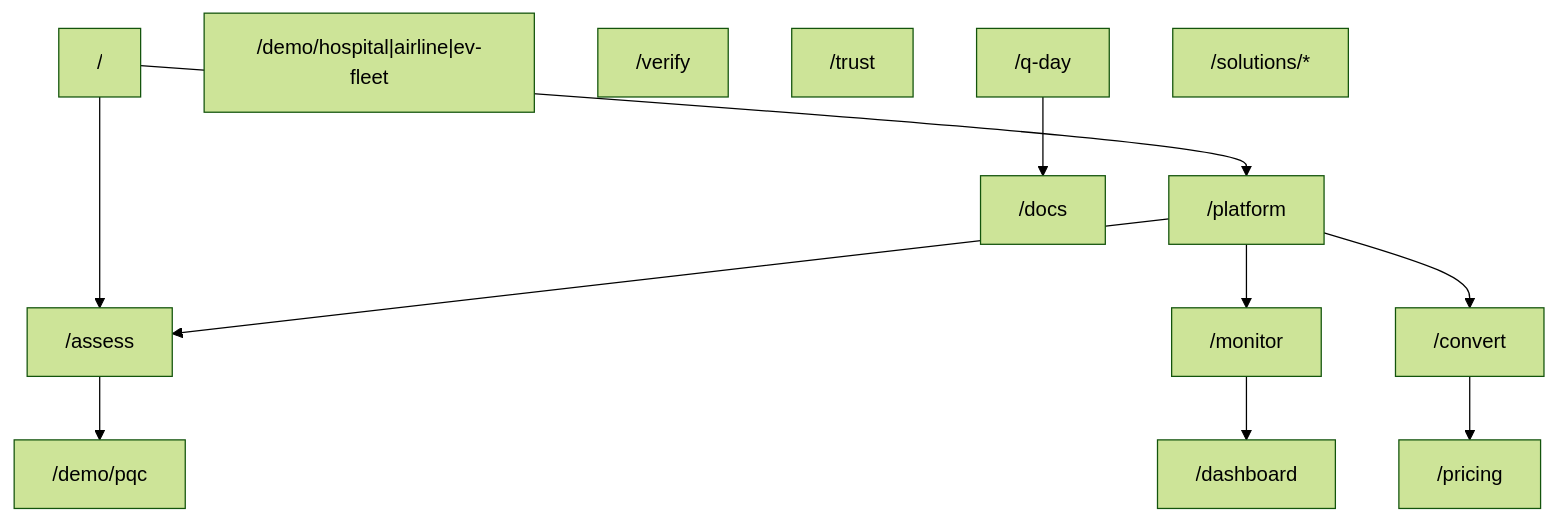
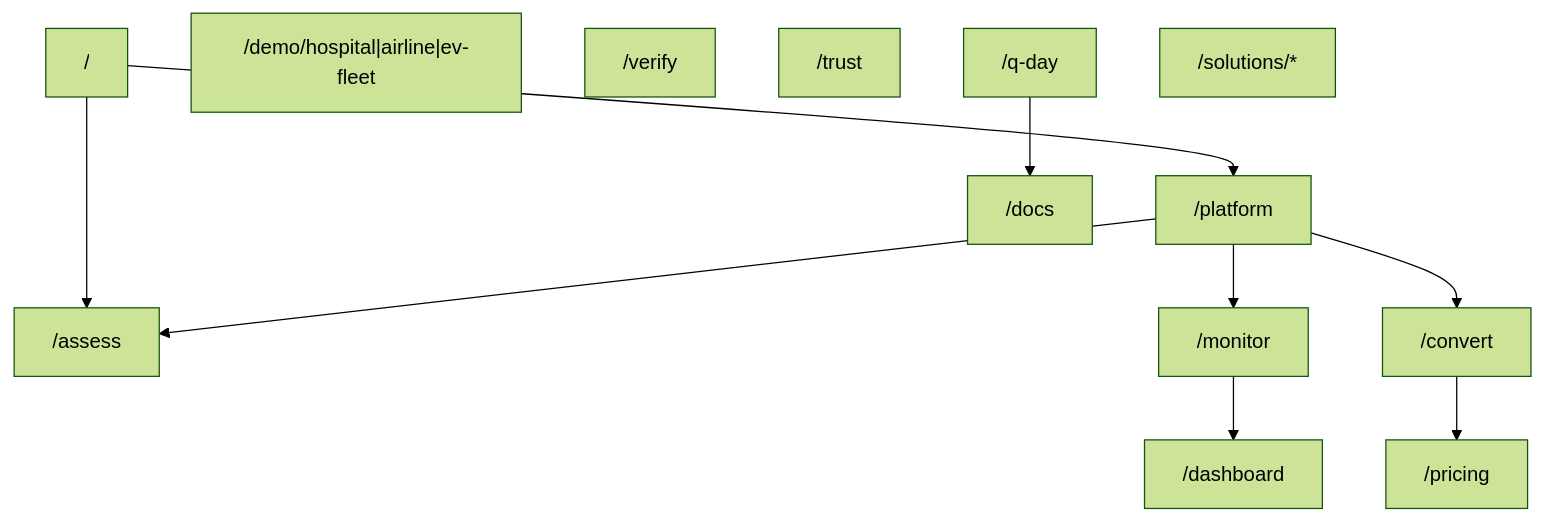
Before and after one commit to charley-forey/qtangl: the diagram in roadmap/quantum-readiness/04-website-transformation.md, drawn with Mermaid (forest theme). The commit also changed other lines of this file and 87 other files, not shown here.

````diff
--- a/roadmap/quantum-readiness/04-website-transformation.md
+++ b/roadmap/quantum-readiness/04-website-transformation.md
@@ -24,26 +24,24 @@
 ```mermaid
 flowchart TB
   Home["/"]
   Platform["/platform"]
   Assess["/assess"]
   Monitor["/monitor"]
   Convert["/convert"]
   Pricing["/pricing"]
-  DemoPqc["/demo/pqc"]
   DemoOpt["/demo/hospital|airline|ev-fleet"]
   Dashboard["/dashboard"]
   Verify["/verify"]
   Trust["/trust"]
   Docs["/docs"]
   QDayHub["/q-day"]
   Solutions["/solutions/*"]
   Home --> Platform
   Home --> Assess
   Platform --> Assess
   Platform --> Monitor
   Platform --> Convert
-  Assess --> DemoPqc
   Monitor --> Dashboard
   Convert --> Pricing
   QDayHub --> Docs
 ```
````
